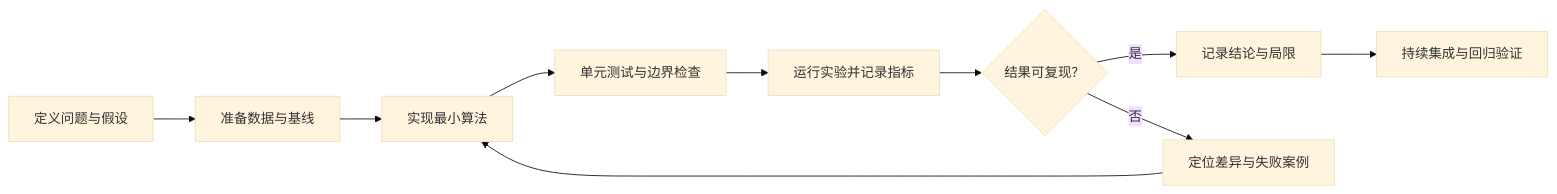
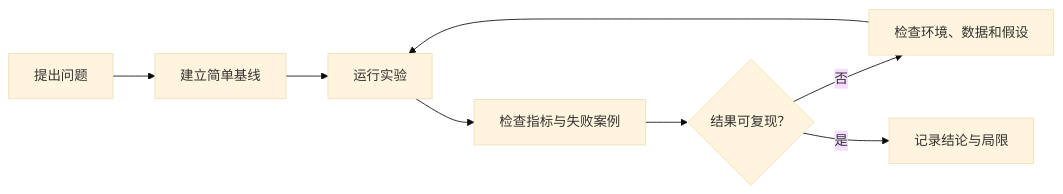
One commit to ilikui/AutomaticDriving changed the second of 2 diagrams in README.md. Above: the diagram before and after it, drawn with Mermaid (base theme). The commit also changed other lines of this file, not shown here.

````diff
--- a/README.md
+++ b/README.md
@@ -170,12 +132,10 @@
 ```mermaid
 flowchart LR
-    A[定义问题与假设] --> B[准备数据与基线]
-    B --> C[实现最小算法]
-    C --> D[单元测试与边界检查]
-    D --> E[运行实验并记录指标]
-    E --> F{结果可复现？}
-    F -- 是 --> G[记录结论与局限]
-    F -- 否 --> H[定位差异与失败案例]
-    H --> C
-    G --> I[持续集成与回归验证]
+    A["提出问题"] --> B["建立简单基线"]
+    B --> C["运行实验"]
+    C --> D["检查指标与失败案例"]
+    D --> E{"结果可复现？"}
+    E -- "否" --> F["检查环境、数据和假设"]
+    F --> C
+    E -- "是" --> G["记录结论与局限"]
 ```
````
